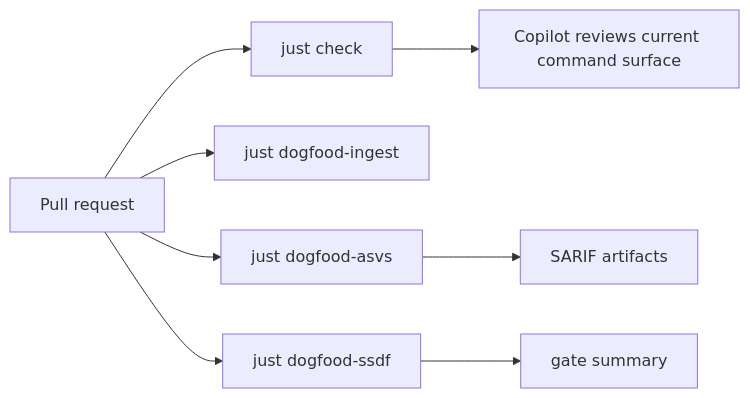
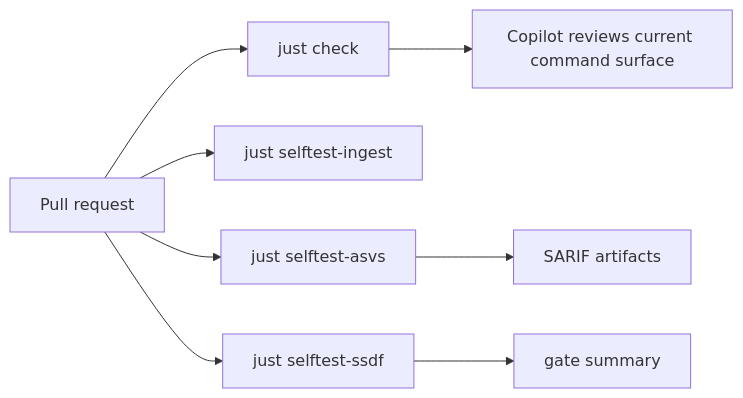
The seventh of 10 diagrams in README.md (PromptExecution/reqif-opa-mcp), drawn with Mermaid before and after one commit. The commit also changed other lines of this file and 3 other files, not shown here.

Commit message:
docs: simplify diagrams and clarify self-test language

````diff
--- a/README.md
+++ b/README.md
@@ -291,10 +263,10 @@
 ```mermaid
 flowchart LR
     PR[Pull request] --> QC[just check]
-    PR --> INGEST[just dogfood-ingest]
-    PR --> ASVS[just dogfood-asvs]
-    PR --> SSDF[just dogfood-ssdf]
+    PR --> INGEST[just selftest-ingest]
+    PR --> ASVS[just selftest-asvs]
+    PR --> SSDF[just selftest-ssdf]
     ASVS --> SARIF[SARIF artifacts]
     SSDF --> SUMMARY[gate summary]
     QC --> COPILOT[Copilot reviews current command surface]
 ```
````
